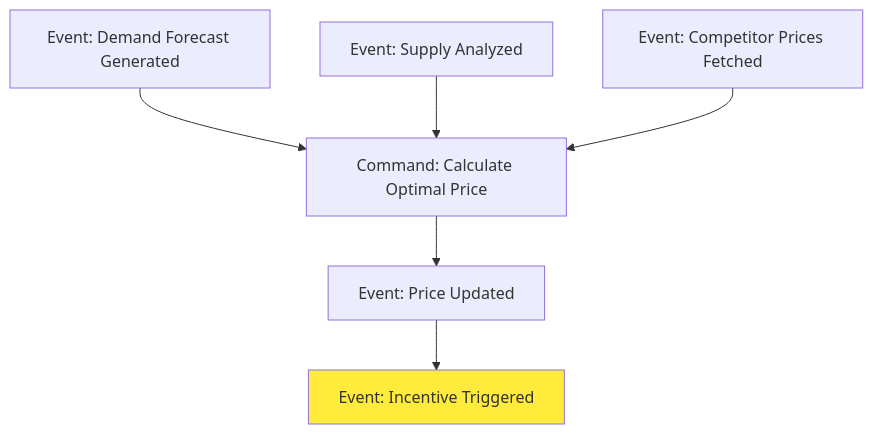
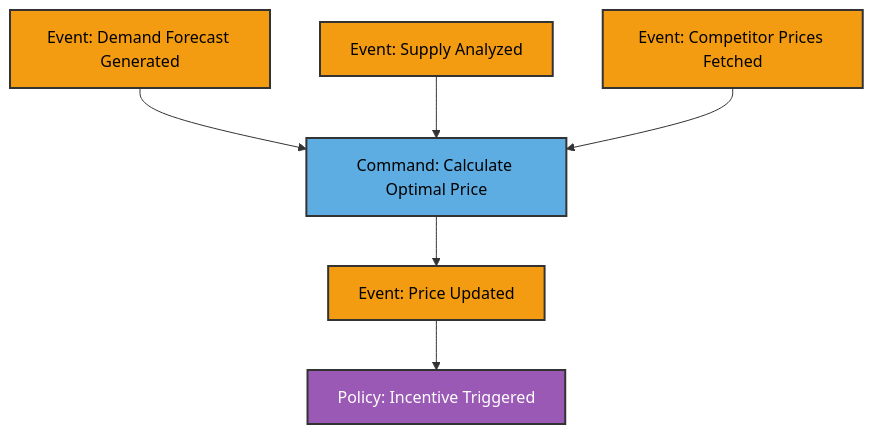
One commit to SumoSumir/kata-na changed the sixth of 10 diagrams in EVENT_STORMING.md. Above: the diagram before and after it, drawn with Mermaid. The commit also changed other lines of this file and 4 other files, not shown here.

````diff
--- a/EVENT_STORMING.md
+++ b/EVENT_STORMING.md
@@ -102,10 +167,15 @@
 ```mermaid
 graph TD
     E1[Event: Demand Forecast Generated] --> CMD1[Command: Calculate Optimal Price]
     E2[Event: Supply Analyzed] --> CMD1
     E3[Event: Competitor Prices Fetched] --> CMD1
     CMD1 --> E4[Event: Price Updated]
-    E4 --> E5[Event: Incentive Triggered]
+    E4 --> POL1[Policy: Incentive Triggered]
     
-    style E5 fill:#ffeb3b
+    style E1 fill:#F39C12,stroke:#333,stroke-width:2px,color:#000
+    style E2 fill:#F39C12,stroke:#333,stroke-width:2px,color:#000
+    style E3 fill:#F39C12,stroke:#333,stroke-width:2px,color:#000
+    style CMD1 fill:#5DADE2,stroke:#333,stroke-width:2px,color:#000
+    style E4 fill:#F39C12,stroke:#333,stroke-width:2px,color:#000
+    style POL1 fill:#9B59B6,stroke:#333,stroke-width:2px,color:#fff
 ```
````
